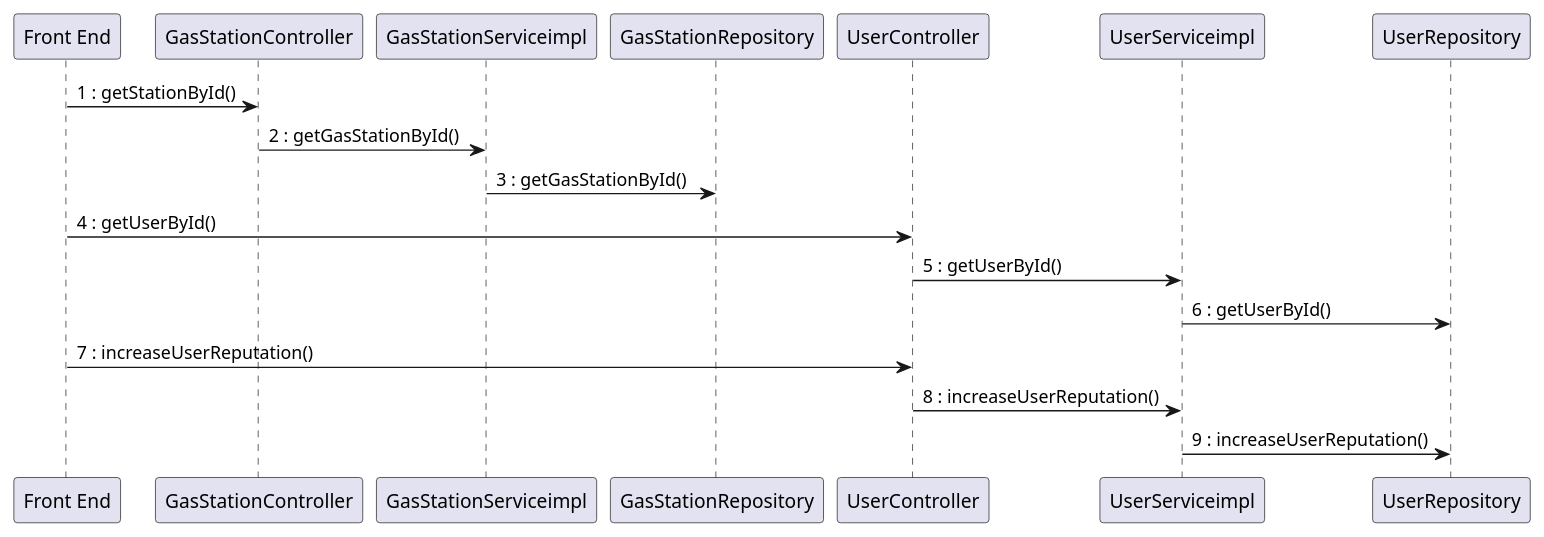
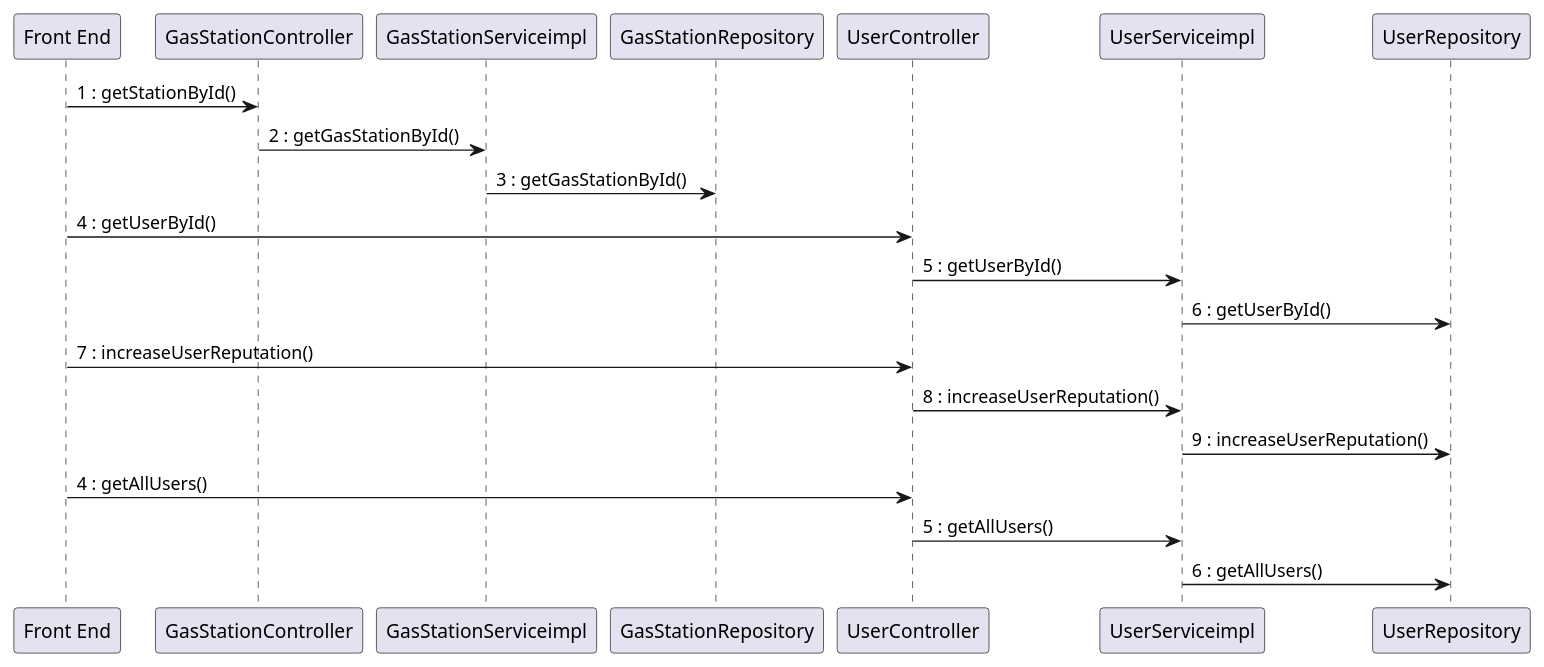
Before and after one commit to mosTavassoli/ezgas: the seventh of 8 diagrams in docs/DesignDocument.md, drawn with PlantUML. The commit also changed other lines of this file, not shown here.

Commit message:
docs(DesignDocument): add sequence diagram for use case 2 and 6

````diff
--- a/docs/DesignDocument.md
+++ b/docs/DesignDocument.md
@@ -311,20 +353,26 @@
 ```plantuml
 "Front End" -> GasStationController:1 : getStationById()
 
 GasStationController -> GasStationServiceimpl:2 : getGasStationById()
 
 GasStationServiceimpl -> GasStationRepository:3 : getGasStationById()
 
 "Front End" -> UserController:4 : getUserById()
 
 UserController -> UserServiceimpl:5 : getUserById()
 
 
 UserServiceimpl -> UserRepository:6 : getUserById()
 
 "Front End" -> UserController :7 : increaseUserReputation()
 
 UserController -> UserServiceimpl :8 : increaseUserReputation()
 
 UserServiceimpl -> UserRepository :9 : increaseUserReputation()
+
+"Front End" -> UserController :4 : getAllUsers()
+
+UserController -> UserServiceimpl :5 : getAllUsers()
+
+UserServiceimpl -> UserRepository :6 : getAllUsers()
 ```
````
